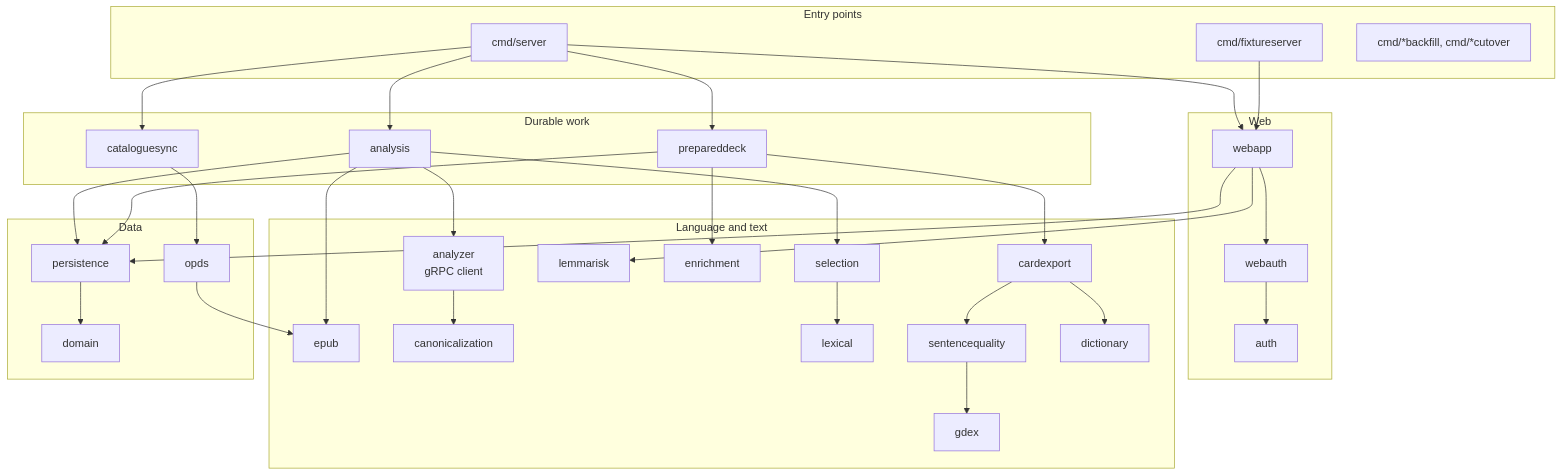
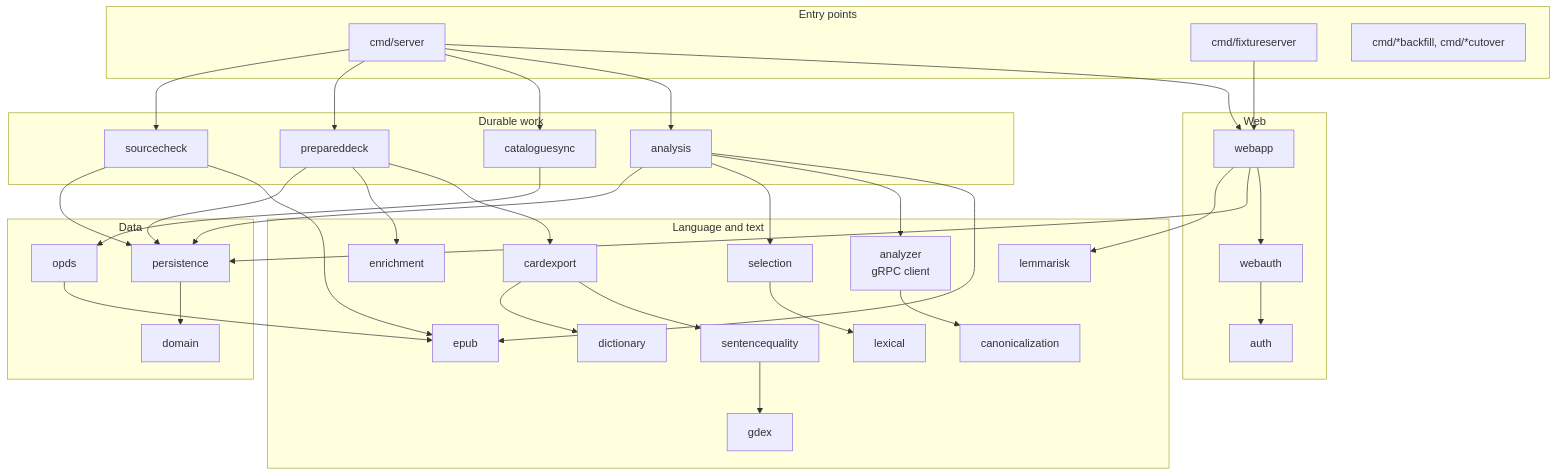
The sixth of 6 diagrams in ARCHITECTURE.md (justin-hayes/mouseion), drawn with Mermaid before and after one commit. The commit also changed other lines of this file and 17 other files, not shown here.

````diff
--- a/ARCHITECTURE.md
+++ b/ARCHITECTURE.md
@@ -258,48 +259,50 @@
 ```mermaid
 flowchart TB
     subgraph entry[Entry points]
         server[cmd/server]
         fixture[cmd/fixtureserver]
         tools[cmd/*backfill, cmd/*cutover]
     end
     subgraph web[Web]
         webapp[webapp]
         webauth[webauth]
         auth[auth]
     end
     subgraph jobs[Durable work]
         analysis[analysis]
         cataloguesync[cataloguesync]
         prepareddeck[prepareddeck]
+        sourcecheck[sourcecheck]
     end
     subgraph lang[Language and text]
         epub[epub]
         analyzer[analyzer<br/>gRPC client]
         canonicalization[canonicalization]
         selection[selection]
         lexical[lexical]
         gdex[gdex]
         sentencequality[sentencequality]
         lemmarisk[lemmarisk]
         dictionary[dictionary]
         enrichment[enrichment]
         cardexport[cardexport]
     end
     subgraph data[Data]
         domain[domain]
         persistence[persistence]
         opds[opds]
     end
-    server --> webapp & analysis & cataloguesync & prepareddeck
+    server --> webapp & analysis & cataloguesync & prepareddeck & sourcecheck
     fixture --> webapp
     webapp --> webauth --> auth
     webapp --> persistence & lemmarisk
     analysis --> epub & analyzer & selection & persistence
+    sourcecheck --> epub & persistence
     cataloguesync --> opds --> epub
     prepareddeck --> cardexport & enrichment & persistence
     cardexport --> sentencequality & dictionary
     sentencequality --> gdex
     selection --> lexical
     analyzer --> canonicalization
     persistence --> domain
 ```
````
